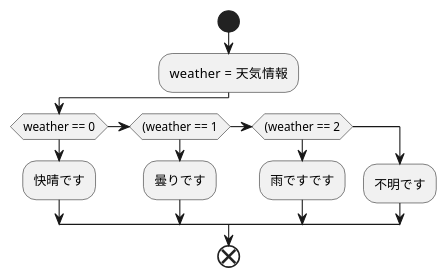
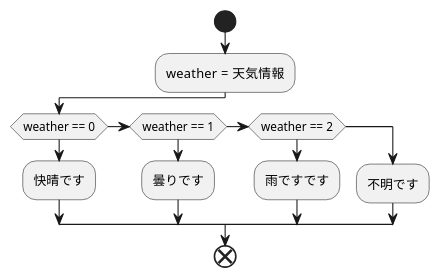
The diagram in kadai3.md (Aso2001392/2021sys-design), drawn with PlantUML before and after one commit.

````diff
--- a/kadai3.md
+++ b/kadai3.md
@@ -1,20 +1,20 @@
 ```uml
 
 @startuml
 start
 :weather  = 天気情報;
 
 if(weather == 0)
 :快晴です;
-else if((weather == 1)
+else if(weather == 1)
 :曇りです;
-else if((weather == 2)
+else if(weather == 2)
 :雨ですです;
 else
 :不明です;
 endif
 
 end
 @enduml
 
 ```
````
